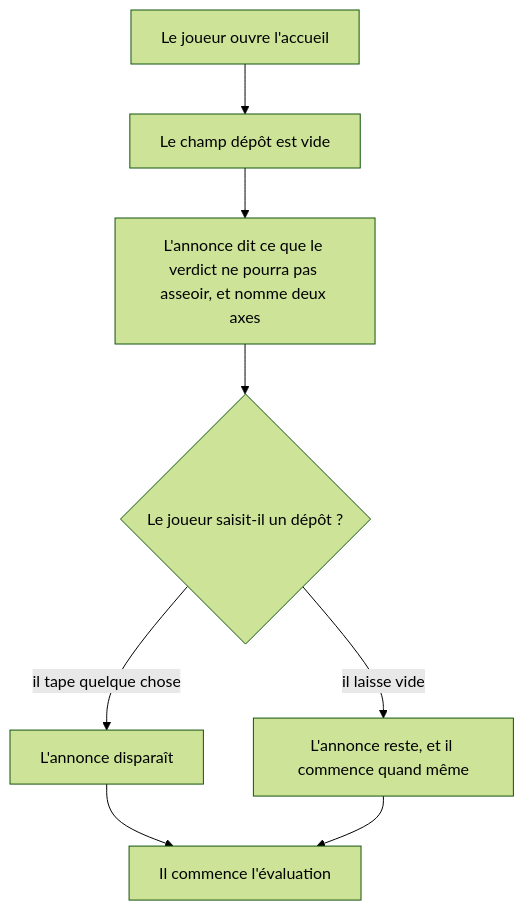
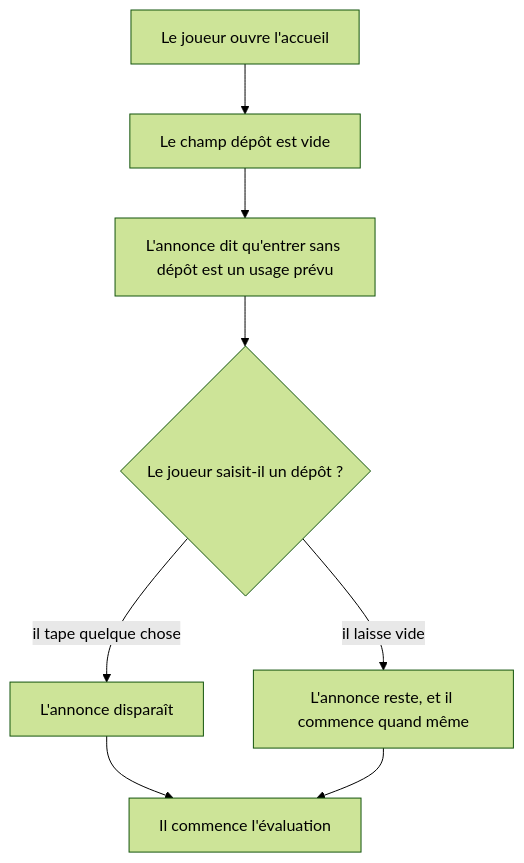
One commit to jdelauney/laivel-up-eval changed the first of 2 diagrams in aidd_docs/tasks/2026_08/2026_08_29_cout-absence-de-depot/phase-2.md. Above: the diagram before and after it, drawn with Mermaid (forest theme). The commit also changed other lines of this file and 12 other files, not shown here.

````diff
--- a/aidd_docs/tasks/2026_08/2026_08_29_cout-absence-de-depot/phase-2.md
+++ b/aidd_docs/tasks/2026_08/2026_08_29_cout-absence-de-depot/phase-2.md
@@ -33,10 +39,10 @@
 ```mermaid
 flowchart TD
   A[Le joueur ouvre l'accueil] --> B[Le champ dépôt est vide]
-  B --> C[L'annonce dit ce que le verdict ne pourra pas asseoir, et nomme deux axes]
+  B --> C[L'annonce dit qu'entrer sans dépôt est un usage prévu]
   C --> D{Le joueur saisit-il un dépôt ?}
   D -- il tape quelque chose --> E[L'annonce disparaît]
   D -- il laisse vide --> F[L'annonce reste, et il commence quand même]
   E --> G[Il commence l'évaluation]
   F --> G
 ```
````
